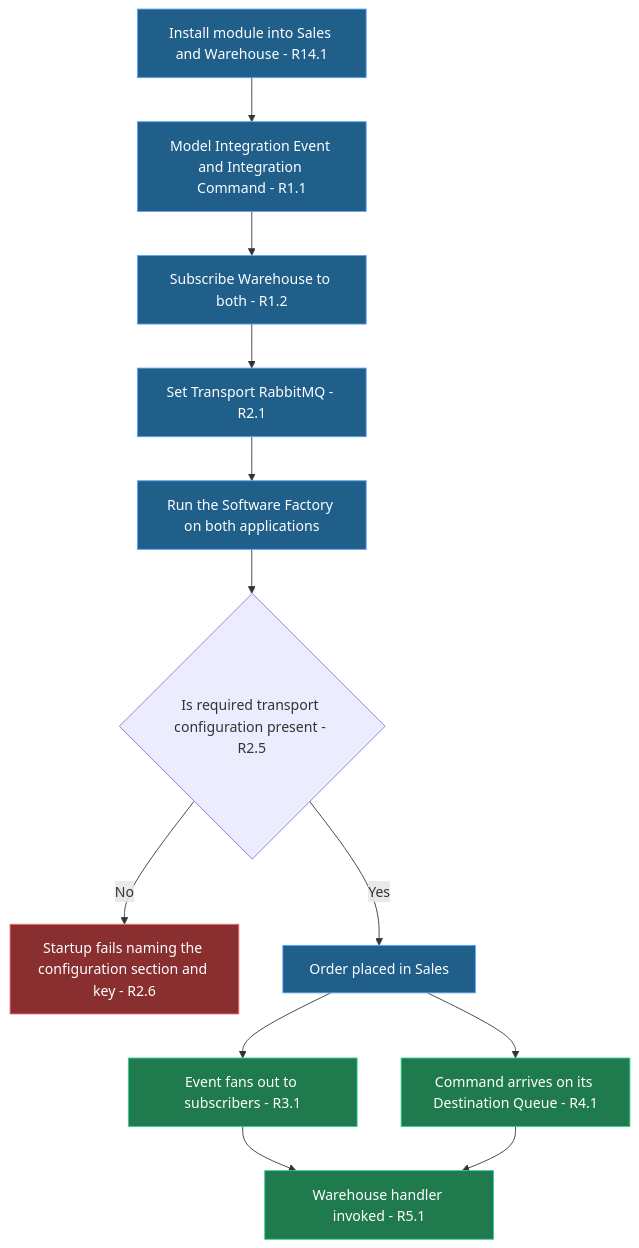
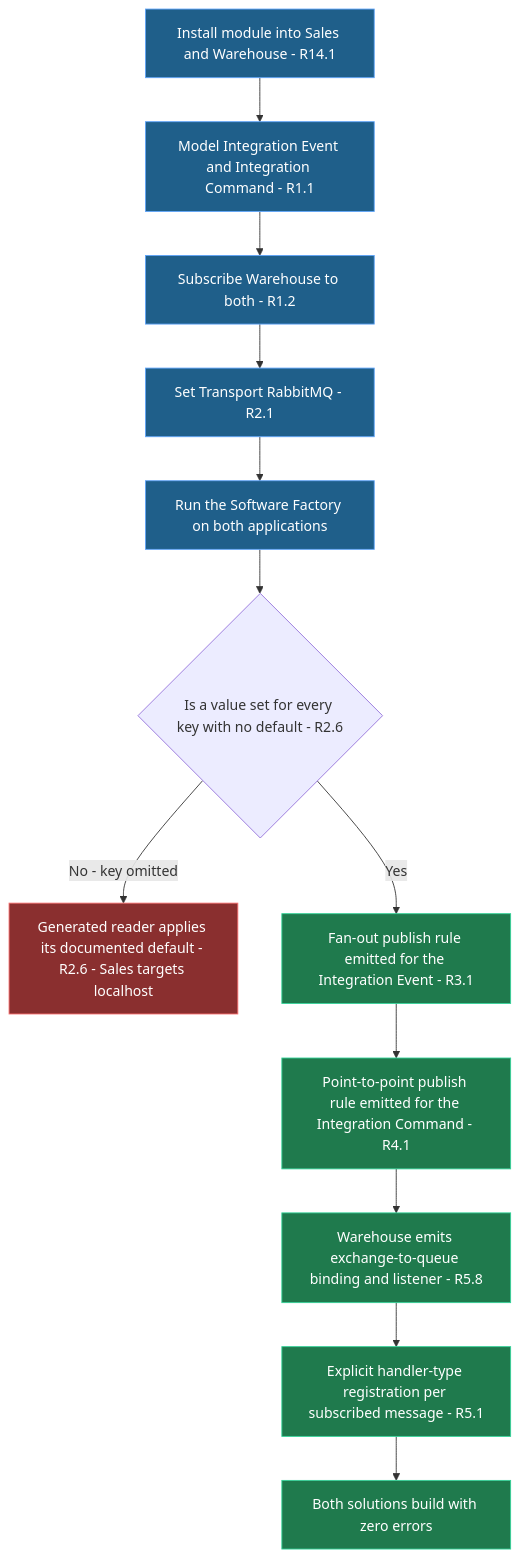
Before and after one commit to IntentArchitect/Intent.Modules.NET: the second of 6 diagrams in intent/.specs/wolverine-eventing-module/requirements.mdx, drawn with Mermaid. The commit also changed other lines of this file and 6 other files, not shown here.

````diff
--- a/intent/.specs/wolverine-eventing-module/requirements.mdx
+++ b/intent/.specs/wolverine-eventing-module/requirements.mdx
@@ -58,17 +77,17 @@
 ```mermaid
 flowchart TD
   classDef action fill:#1f5f8a,stroke:#60a5fa,color:#ffffff
   classDef win fill:#1f7a4d,stroke:#34d399,color:#ffffff
   classDef bad fill:#8a2f2f,stroke:#f87171,color:#ffffff
   A[Install module into Sales and Warehouse - R14.1]:::action --> B[Model Integration Event and Integration Command - R1.1]:::action
   B --> C[Subscribe Warehouse to both - R1.2]:::action
   C --> D[Set Transport RabbitMQ - R2.1]:::action
   D --> E[Run the Software Factory on both applications]:::action
-  E --> F{Is required transport configuration present - R2.5}
-  F -->|No| X[Startup fails naming the configuration section and key - R2.6]:::bad
-  F -->|Yes| G[Order placed in Sales]:::action
-  G --> H[Event fans out to subscribers - R3.1]:::win
-  G --> I[Command arrives on its Destination Queue - R4.1]:::win
-  H --> J[Warehouse handler invoked - R5.1]:::win
-  I --> J
+  E --> F{Is a value set for every key with no default - R2.6}
+  F -->|No - key omitted| X[Generated reader applies its documented default - R2.6 - Sales targets localhost]:::bad
+  F -->|Yes| G[Fan-out publish rule emitted for the Integration Event - R3.1]:::win
+  G --> H[Point-to-point publish rule emitted for the Integration Command - R4.1]:::win
+  H --> I[Warehouse emits exchange-to-queue binding and listener - R5.8]:::win
+  I --> J[Explicit handler-type registration per subscribed message - R5.1]:::win
+  J --> K[Both solutions build with zero errors]:::win
 ```
````
